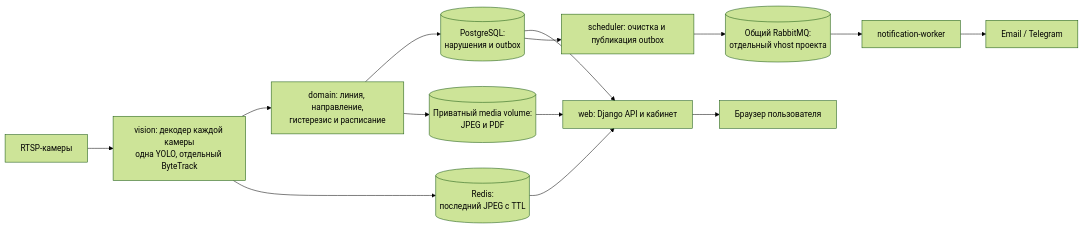
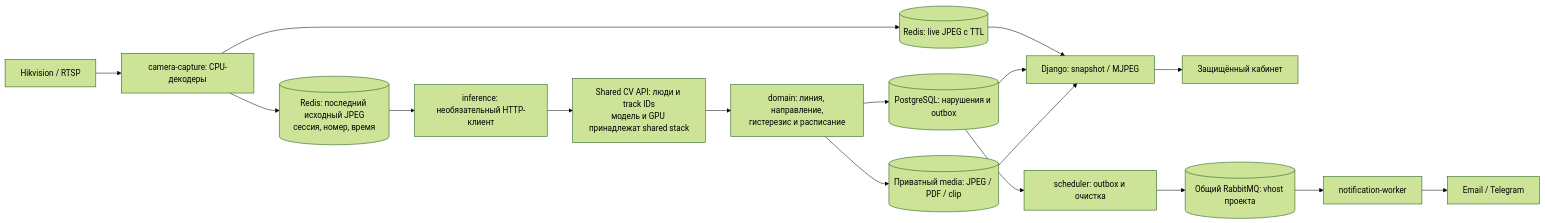
Before and after one commit to Amadu-A/watch-service: the diagram in README.md, drawn with Mermaid (forest theme). The commit also changed other lines of this file and 36 other files, not shown here.

Commit message:
fix: separate CPU capture from shared inference

````diff
--- a/README.md
+++ b/README.md
@@ -16,16 +17,19 @@
 ```mermaid
 flowchart LR
-    CAM[RTSP-камеры] --> V[vision: декодер каждой камеры<br/>одна YOLO, отдельный ByteTrack]
-    V --> RULE[domain: линия, направление,<br/>гистерезис и расписание]
-    RULE --> DB[(PostgreSQL:<br/>нарушения и outbox)]
-    RULE --> MEDIA[(Приватный media volume:<br/>JPEG и PDF)]
-    V --> CACHE[(Redis:<br/>последний JPEG с TTL)]
-    CACHE --> WEB[web: Django API и кабинет]
+    CAM[Hikvision / RTSP] --> CAP[camera-capture: CPU-декодеры]
+    CAP --> LIVE[(Redis: live JPEG с TTL)]
+    LIVE --> WEB[Django: snapshot / MJPEG]
+    WEB --> UI[Защищённый кабинет]
+    CAP --> RAW[(Redis: последний исходный JPEG<br/>сессия, номер, время)]
+    RAW --> INF[inference: необязательный HTTP-клиент]
+    INF --> CV[Shared CV API: люди и track IDs<br/>модель и GPU принадлежат shared stack]
+    CV --> RULE[domain: линия, направление,<br/>гистерезис и расписание]
+    RULE --> DB[(PostgreSQL: нарушения и outbox)]
+    RULE --> MEDIA[(Приватный media: JPEG / PDF / clip)]
     DB --> WEB
     MEDIA --> WEB
-    DB --> BEAT[scheduler: очистка и публикация outbox]
-    BEAT --> MQ[(Общий RabbitMQ:<br/>отдельный vhost проекта)]
+    DB --> BEAT[scheduler: outbox и очистка]
+    BEAT --> MQ[(Общий RabbitMQ: vhost проекта)]
     MQ --> WORKER[notification-worker]
     WORKER --> EXT[Email / Telegram]
-    WEB --> UI[Браузер пользователя]
 ```
````
